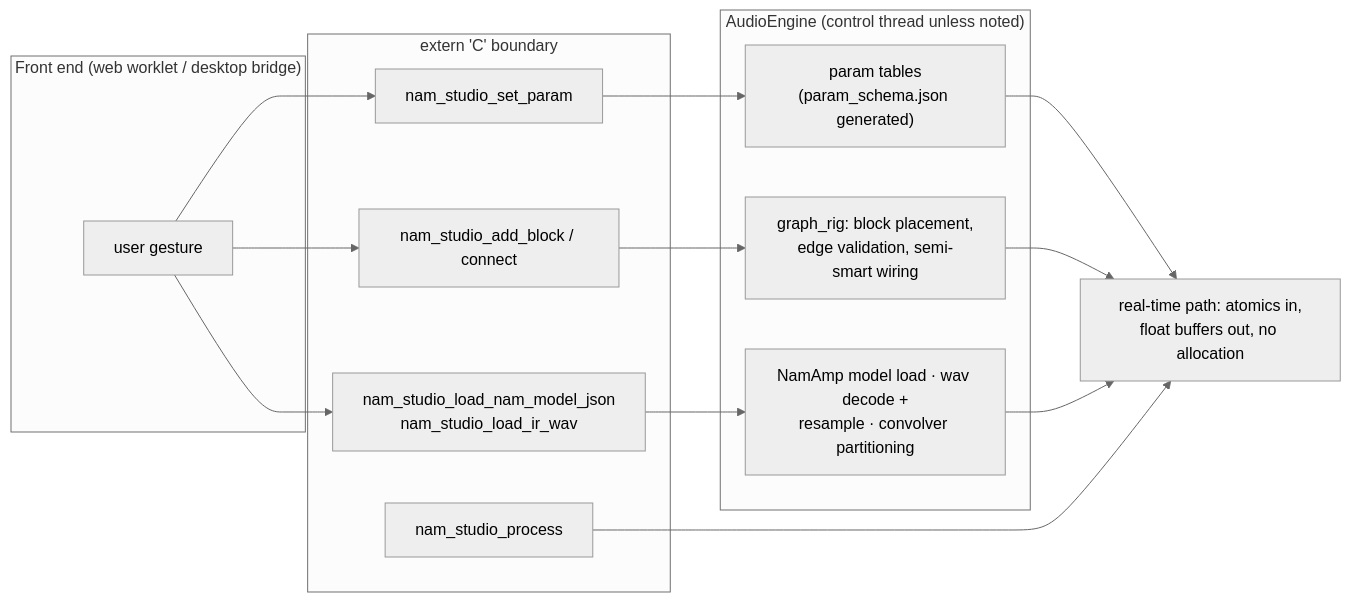
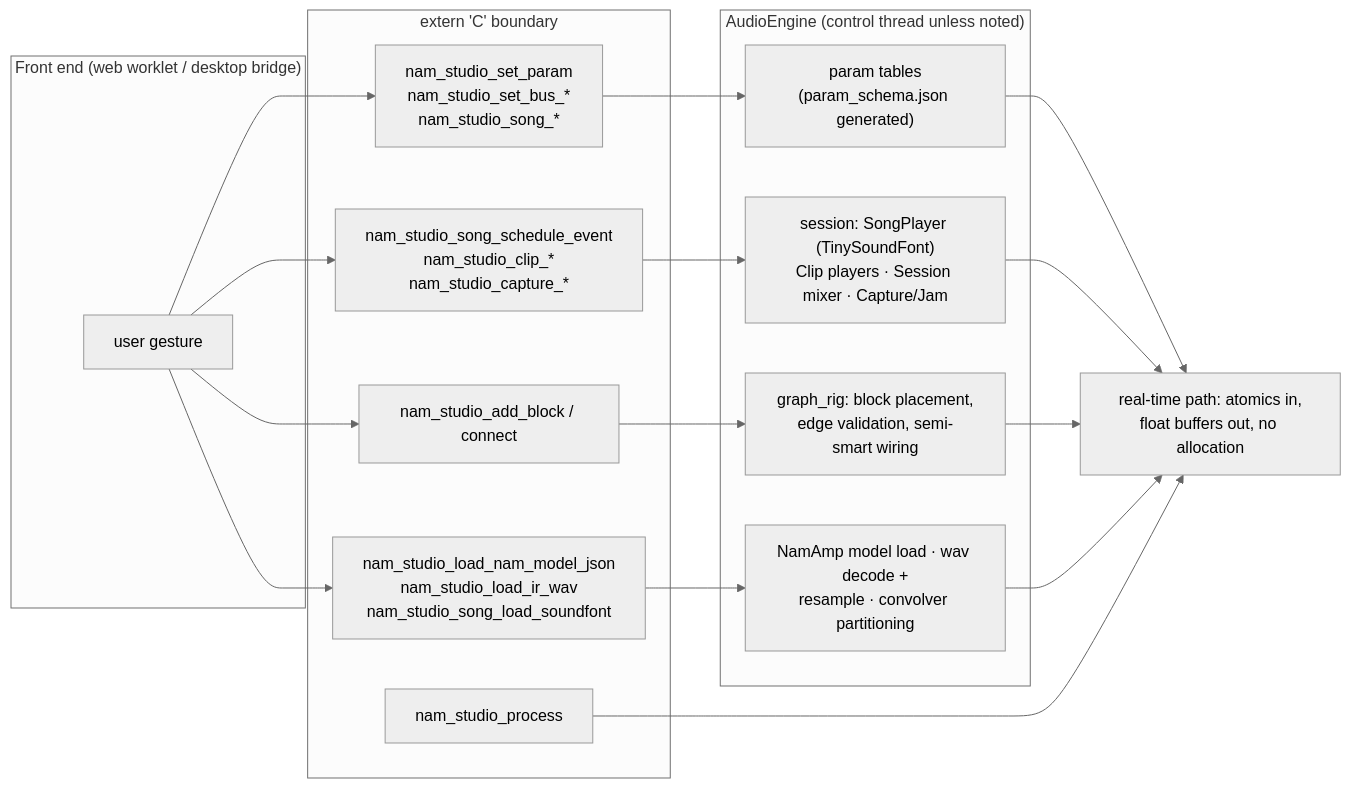
One commit to pauloedspinho20/OpenAxe changed the second of 3 diagrams in ARCHITECTURE.md. Above: the diagram before and after it, drawn with Mermaid (neutral theme). The commit also changed other lines of this file, not shown here.

````diff
--- a/ARCHITECTURE.md
+++ b/ARCHITECTURE.md
@@ -197,28 +223,31 @@
 ```mermaid
 flowchart LR
     subgraph fe["Front end (web worklet / desktop bridge)"]
         UI["user gesture"]
     end
 
     subgraph abi["extern 'C' boundary"]
-        SETP["nam_studio_set_param"]
+        SETP["nam_studio_set_param<br/>nam_studio_set_bus_*<br/>nam_studio_song_*"]
         ADD["nam_studio_add_block / connect"]
-        LOAD["nam_studio_load_nam_model_json<br/>nam_studio_load_ir_wav"]
+        LOAD["nam_studio_load_nam_model_json<br/>nam_studio_load_ir_wav<br/>nam_studio_song_load_soundfont"]
+        SCHED["nam_studio_song_schedule_event<br/>nam_studio_clip_*<br/>nam_studio_capture_*"]
         PROC["nam_studio_process"]
     end
 
     subgraph engine["AudioEngine (control thread unless noted)"]
         TOPO["graph_rig: block placement,<br/>edge validation, semi-smart wiring"]
         PARAM["param tables<br/>(param_schema.json generated)"]
         ASSETS["NamAmp model load · wav decode +<br/>resample · convolver partitioning"]
+        SESSION["session: SongPlayer (TinySoundFont)<br/>Clip players · Session mixer · Capture/Jam"]
     end
 
     RT["real-time path: atomics in,<br/>float buffers out, no allocation"]
 
     UI --> SETP --> PARAM --> RT
     UI --> ADD --> TOPO
     UI --> LOAD --> ASSETS
+    UI --> SCHED --> SESSION --> RT
     TOPO --> RT
     ASSETS --> RT
     PROC --> RT
 ```
````
